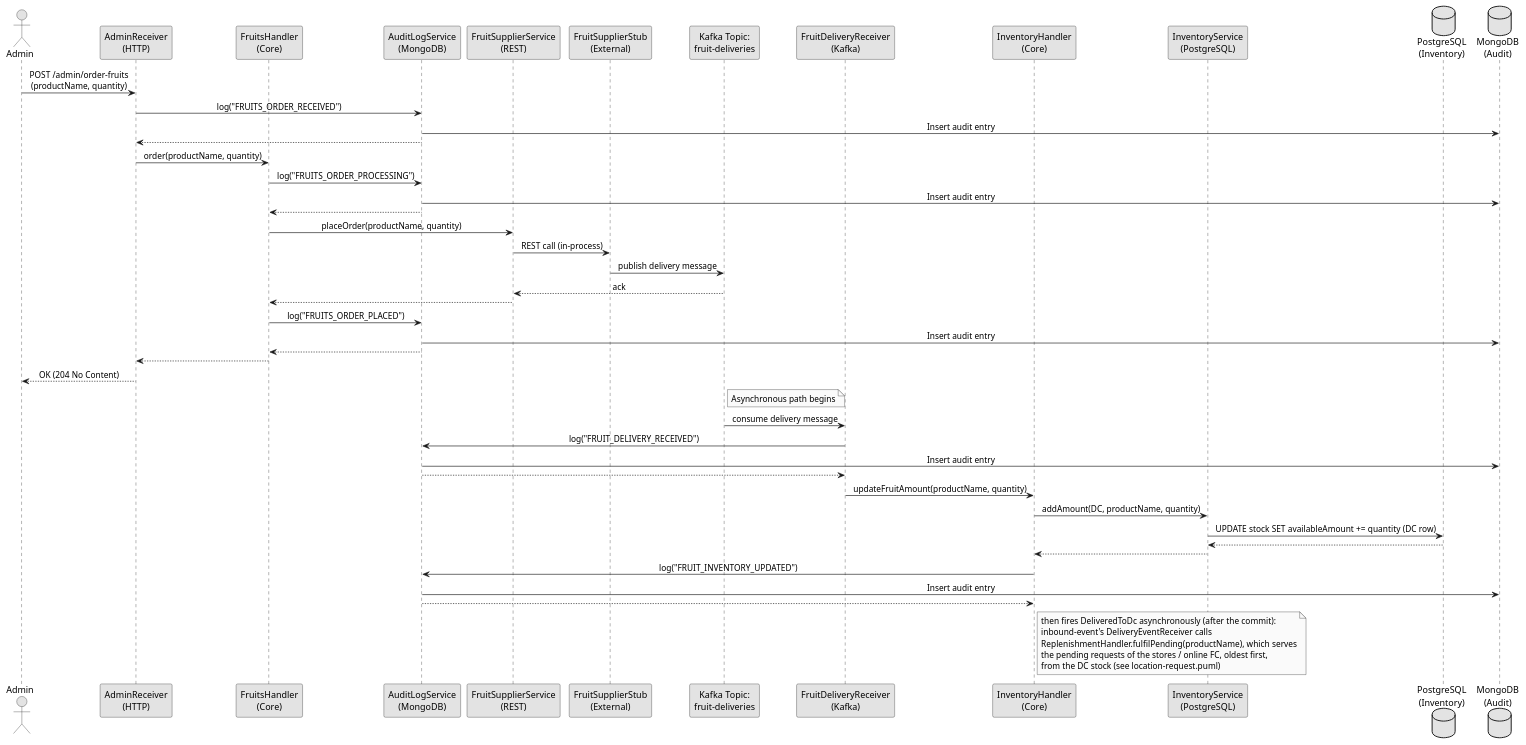
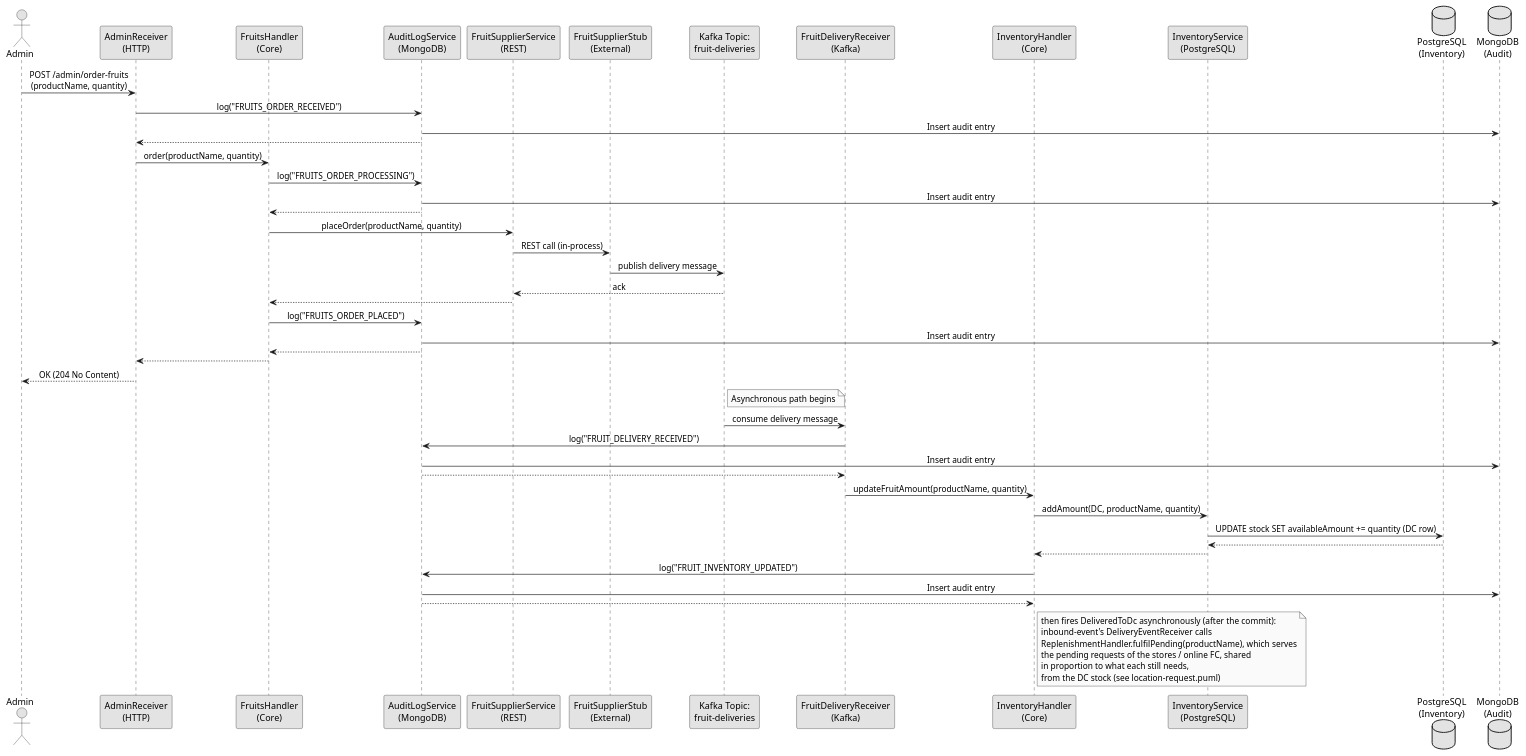
Before and after one commit to svene/2026-07-26_quarkus-hexagon-demo-mm-per-tech: the diagram in docs/architecture/flows/admin-order-fruits.puml, drawn with PlantUML. The commit also changed 51 other files, not shown here.

```diff
--- a/docs/architecture/flows/admin-order-fruits.puml
+++ b/docs/architecture/flows/admin-order-fruits.puml
@@ -1,62 +1,63 @@
 @startuml admin_order_fruits
 skinparam monochrome true
 skinparam sequenceMessageAlign center
 skinparam backgroundColor #ffffff
 
 actor "Admin" as user
 participant "AdminReceiver\n(HTTP)" as receiver
 participant "FruitsHandler\n(Core)" as handler
 participant "AuditLogService\n(MongoDB)" as audit
 participant "FruitSupplierService\n(REST)" as service
 participant "FruitSupplierStub\n(External)" as stub
 participant "Kafka Topic:\nfruit-deliveries" as kafka_out
 participant "FruitDeliveryReceiver\n(Kafka)" as kafka_receiver
 participant "InventoryHandler\n(Core)" as inv_handler
 participant "InventoryService\n(PostgreSQL)" as inventory
 database "PostgreSQL\n(Inventory)" as db_inv
 database "MongoDB\n(Audit)" as db_audit
 
 user -> receiver: POST /admin/order-fruits\n(productName, quantity)
 receiver -> audit: log("FRUITS_ORDER_RECEIVED")
 audit -> db_audit: Insert audit entry
 audit --> receiver
 receiver -> handler: order(productName, quantity)
 handler -> audit: log("FRUITS_ORDER_PROCESSING")
 audit -> db_audit: Insert audit entry
 audit --> handler
 handler -> service: placeOrder(productName, quantity)
 service -> stub: REST call (in-process)
 stub -> kafka_out: publish delivery message
 kafka_out --> service: ack
 service --> handler
 handler -> audit: log("FRUITS_ORDER_PLACED")
 audit -> db_audit: Insert audit entry
 audit --> handler
 handler --> receiver
 receiver --> user: OK (204 No Content)
 
 note right of kafka_out
   Asynchronous path begins
 end note
 
 kafka_out -> kafka_receiver: consume delivery message
 kafka_receiver -> audit: log("FRUIT_DELIVERY_RECEIVED")
 audit -> db_audit: Insert audit entry
 audit --> kafka_receiver
 kafka_receiver -> inv_handler: updateFruitAmount(productName, quantity)
 inv_handler -> inventory: addAmount(DC, productName, quantity)
 inventory -> db_inv: UPDATE stock SET availableAmount += quantity (DC row)
 db_inv --> inventory
 inventory --> inv_handler
 inv_handler -> audit: log("FRUIT_INVENTORY_UPDATED")
 audit -> db_audit: Insert audit entry
 audit --> inv_handler
 note right of inv_handler
   then fires DeliveredToDc asynchronously (after the commit):
   inbound-event's DeliveryEventReceiver calls
   ReplenishmentHandler.fulfilPending(productName), which serves
-  the pending requests of the stores / online FC, oldest first,
+  the pending requests of the stores / online FC, shared
+  in proportion to what each still needs,
   from the DC stock (see location-request.puml)
 end note
 
 @enduml
```
